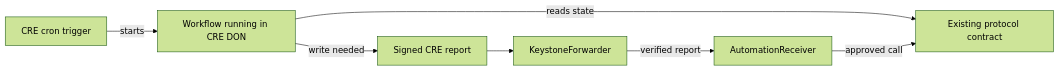
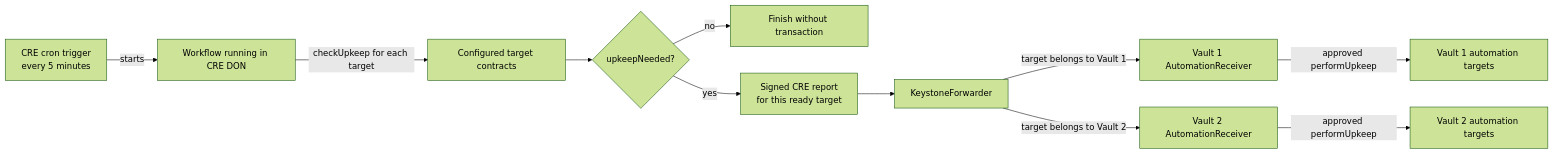
The diagram in integration-docs/cre-automation-diagrams/01-write-path.mmd (mezzanine-finance/smart-contracts), drawn with Mermaid (forest theme) before and after one commit. The commit also changed 11 other files, not shown here.

Commit message:
docs: align CRE automation flows with agreed scope

```diff
--- a/integration-docs/cre-automation-diagrams/01-write-path.mmd
+++ b/integration-docs/cre-automation-diagrams/01-write-path.mmd
@@ -1,7 +1,11 @@
 flowchart LR
-    Cron["CRE cron trigger"] -->|starts| WF["Workflow running in CRE DON"]
-    WF -->|reads state| Target["Existing protocol contract"]
-    WF -->|write needed| Report["Signed CRE report"]
+    Cron["CRE cron trigger<br/>every 5 minutes"] -->|starts| WF["Workflow running in CRE DON"]
+    WF -->|checkUpkeep for each target| Targets["Configured target contracts"]
+    Targets --> Decision{"upkeepNeeded?"}
+    Decision -->|no| End["Finish without transaction"]
+    Decision -->|yes| Report["Signed CRE report<br/>for this ready target"]
     Report --> Forwarder["KeystoneForwarder"]
-    Forwarder -->|verified report| Receiver["AutomationReceiver"]
-    Receiver -->|approved call| Target
+    Forwarder -->|target belongs to Vault 1| Receiver1["Vault 1 AutomationReceiver"]
+    Forwarder -->|target belongs to Vault 2| Receiver2["Vault 2 AutomationReceiver"]
+    Receiver1 -->|approved performUpkeep| Vault1["Vault 1 automation targets"]
+    Receiver2 -->|approved performUpkeep| Vault2["Vault 2 automation targets"]
```
